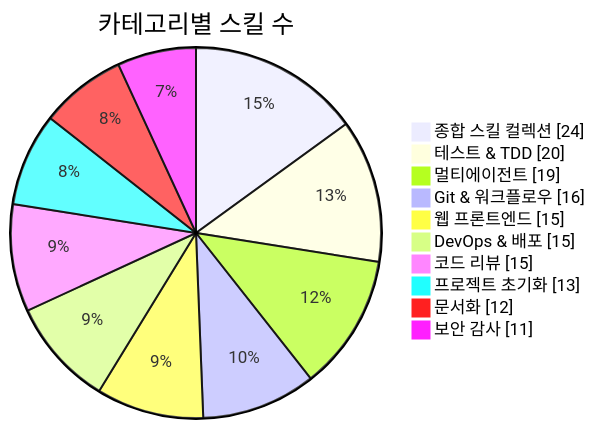
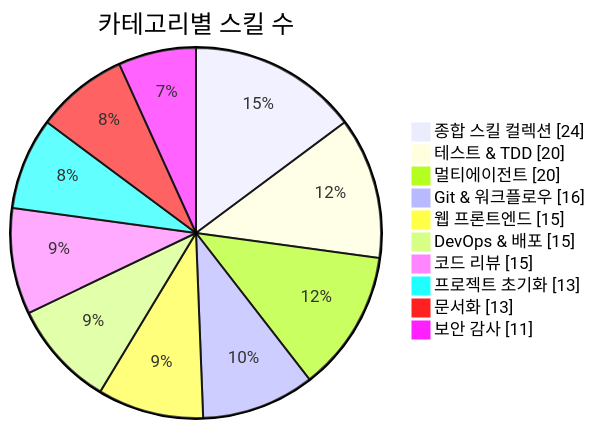
The first of 3 diagrams in README.md (J-nowcow/awesome-korean-agent-skills), drawn with Mermaid before and after one commit. The commit also changed other lines of this file and 6 other files, not shown here.

````diff
--- a/README.md
+++ b/README.md
@@ -176,14 +176,14 @@
 ```mermaid
 pie showData
     title 카테고리별 스킬 수
     "종합 스킬 컬렉션" : 24
     "테스트 & TDD" : 20
-    "멀티에이전트" : 19
+    "멀티에이전트" : 20
     "Git & 워크플로우" : 16
     "웹 프론트엔드" : 15
     "DevOps & 배포" : 15
     "코드 리뷰" : 15
     "프로젝트 초기화" : 13
-    "문서화" : 12
+    "문서화" : 13
     "보안 감사" : 11
 ```
````
